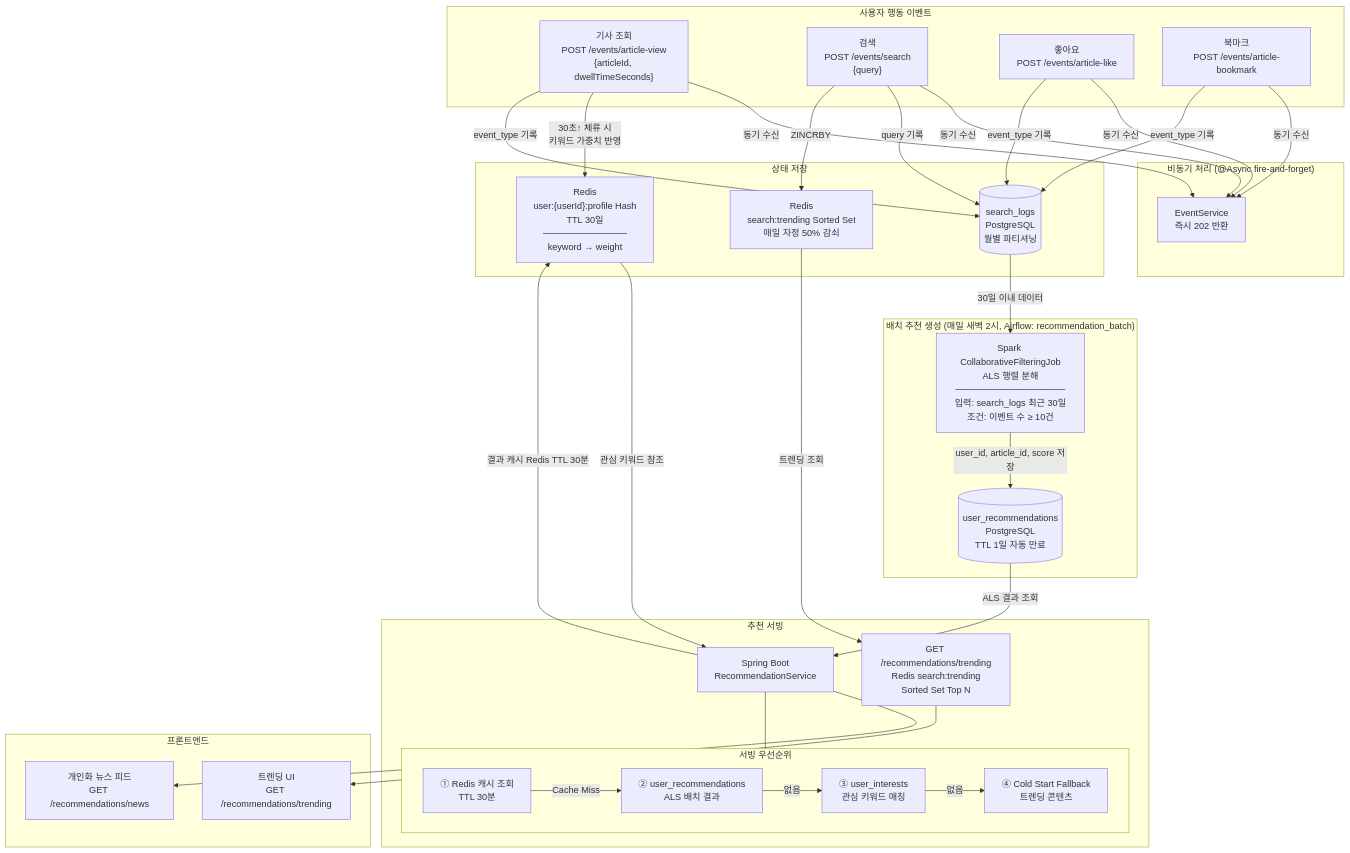
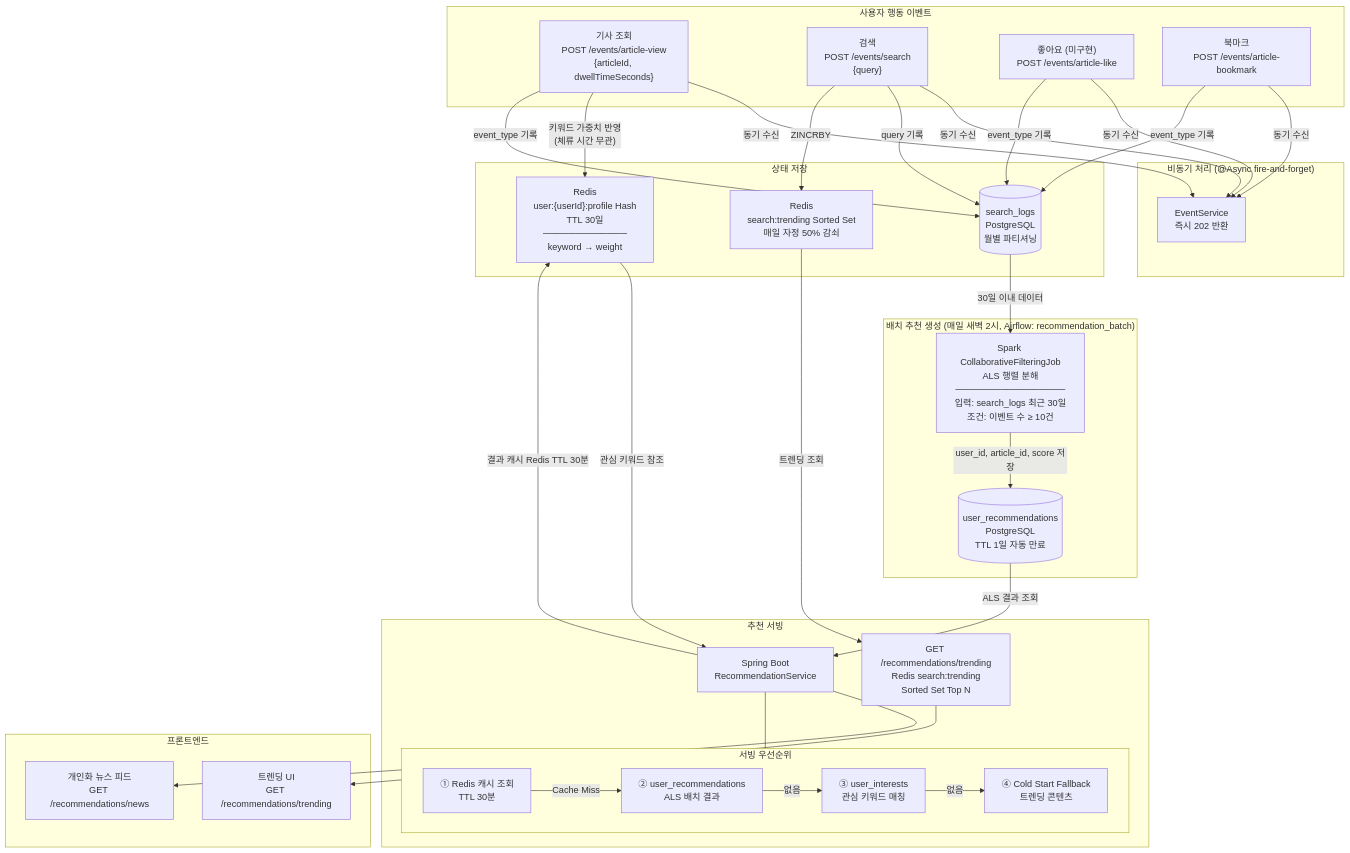
The diagram in docs/diagrams/04_recommendation_flow.md (ljy0221/AiRadar), drawn with Mermaid before and after one commit. The commit also changed 6 other files, not shown here.

````diff
--- a/docs/diagrams/04_recommendation_flow.md
+++ b/docs/diagrams/04_recommendation_flow.md
@@ -3,60 +3,60 @@
 ```mermaid
 flowchart TD
     subgraph USER["사용자 행동 이벤트"]
         E1["기사 조회<br/>POST /events/article-view<br/>{articleId, dwellTimeSeconds}"]
         E2["검색<br/>POST /events/search<br/>{query}"]
-        E3["좋아요<br/>POST /events/article-like"]
+        E3["좋아요 (미구현)<br/>POST /events/article-like"]
         E4["북마크<br/>POST /events/article-bookmark"]
     end
 
     subgraph ASYNC["비동기 처리 (@Async fire-and-forget)"]
         EVT["EventService<br/>즉시 202 반환"]
     end
 
     subgraph STORE["상태 저장"]
         SL[("search_logs<br/>PostgreSQL<br/>월별 파티셔닝")]
         RED["Redis<br/>user:{userId}:profile Hash<br/>TTL 30일<br/>─────────────<br/>keyword → weight"]
         TRD["Redis<br/>search:trending Sorted Set<br/>매일 자정 50% 감쇠"]
     end
 
     subgraph BATCH["배치 추천 생성 (매일 새벽 2시, Airflow: recommendation_batch)"]
         ALS["Spark CollaborativeFilteringJob<br/>ALS 행렬 분해<br/>─────────────────<br/>입력: search_logs 최근 30일<br/>조건: 이벤트 수 ≥ 10건"]
         REC[("user_recommendations<br/>PostgreSQL<br/>TTL 1일 자동 만료")]
         ALS -->|"user_id, article_id, score 저장"| REC
     end
 
     subgraph SERVE["추천 서빙"]
         API["Spring Boot<br/>RecommendationService"]
 
         subgraph LOGIC["서빙 우선순위"]
             L1["① Redis 캐시 조회<br/>TTL 30분"]
             L2["② user_recommendations<br/>ALS 배치 결과"]
             L3["③ user_interests<br/>관심 키워드 매칭"]
             L4["④ Cold Start Fallback<br/>트렌딩 콘텐츠"]
             L1 -->|Cache Miss| L2 -->|없음| L3 -->|없음| L4
         end
 
         TREND["GET /recommendations/trending<br/>Redis search:trending<br/>Sorted Set Top N"]
     end
 
     subgraph FE["프론트엔드"]
         FEED["개인화 뉴스 피드<br/>GET /recommendations/news"]
         TRENDUI["트렌딩 UI<br/>GET /recommendations/trending"]
     end
 
     E1 & E2 & E3 & E4 -->|동기 수신| EVT
-    E1 -->|"30초↑ 체류 시<br/>키워드 가중치 반영"| RED
+    E1 -->|"키워드 가중치 반영<br/>(체류 시간 무관)"| RED
     E1 & E3 & E4 -->|event_type 기록| SL
     E2 -->|query 기록| SL
     E2 -->|ZINCRBY| TRD
 
     SL -->|30일 이내 데이터| ALS
     RED -->|관심 키워드 참조| API
     REC -->|ALS 결과 조회| API
     TRD -->|트렌딩 조회| TREND
 
     API --- LOGIC
     API -->|"결과 캐시 Redis TTL 30분"| RED
     API --> FEED
     TREND --> TRENDUI
 ```
````
